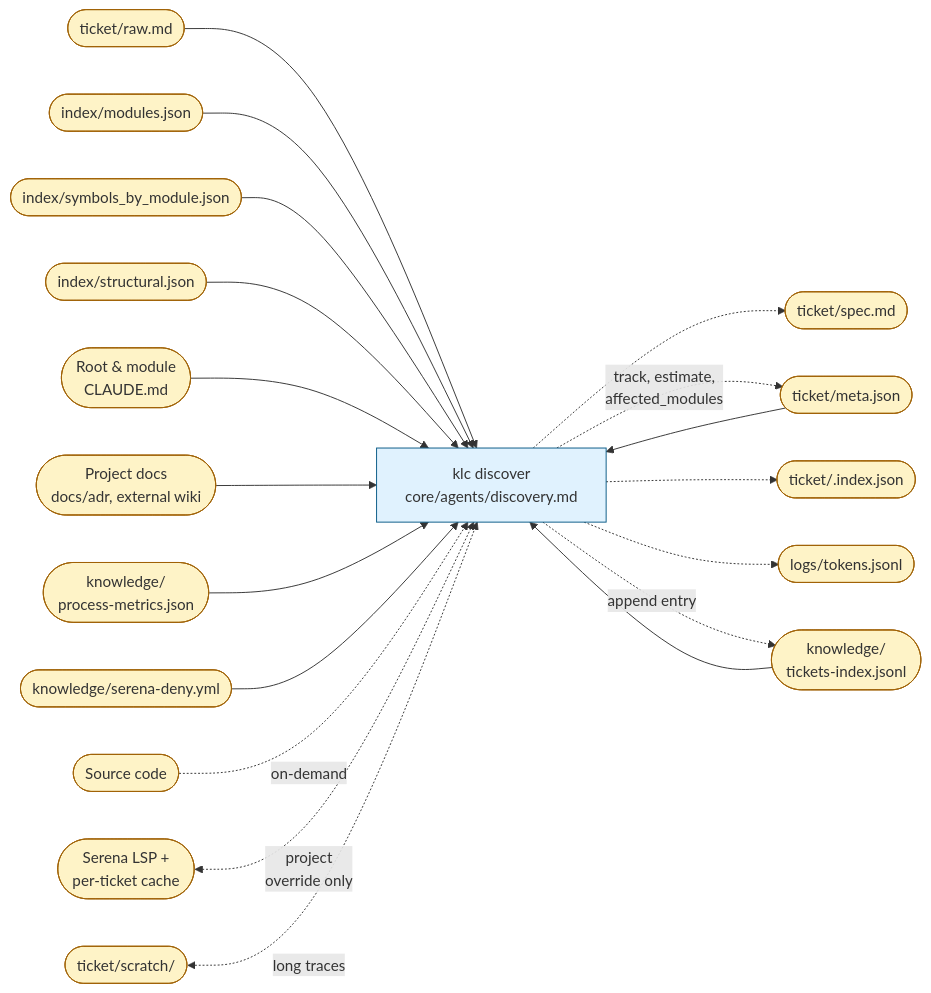
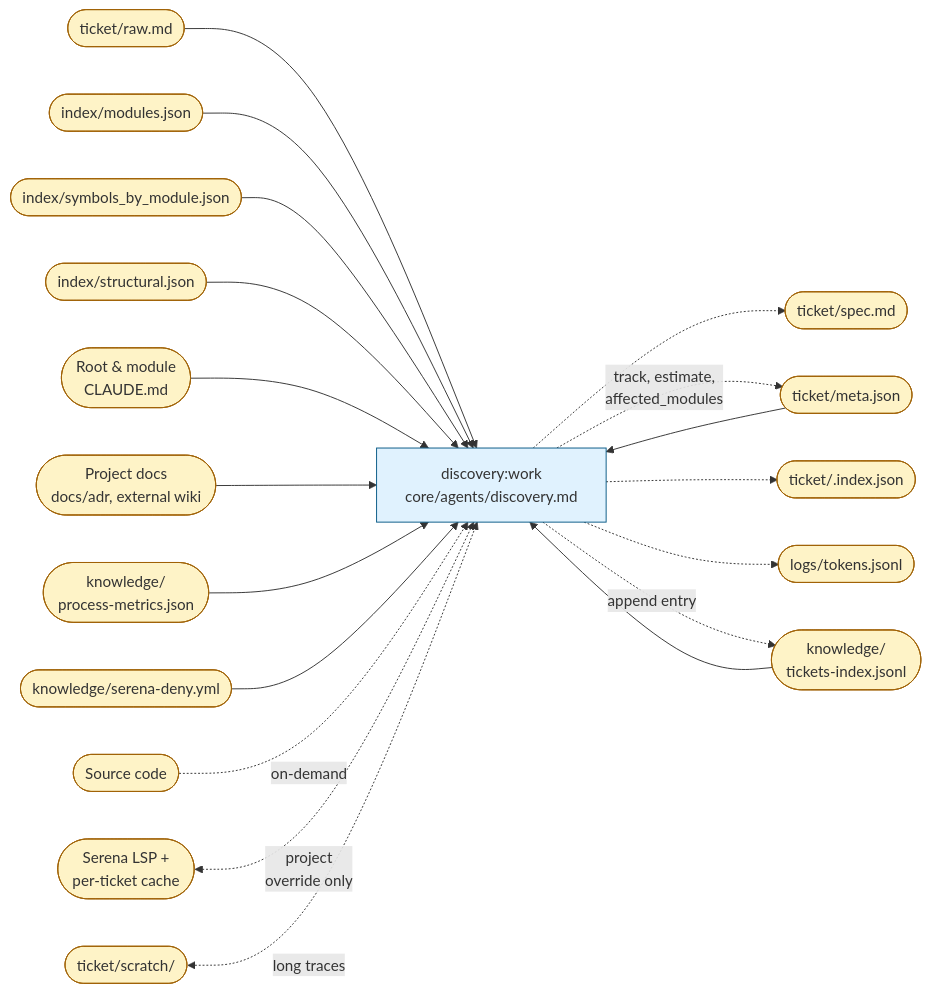
Before and after one commit to kyyyyf/klc: the second of 4 diagrams in docs/process-roles.md, drawn with Mermaid. The commit also changed other lines of this file and 74 other files, not shown here.

````diff
--- a/docs/process-roles.md
+++ b/docs/process-roles.md
@@ -194,58 +198,58 @@
 ```mermaid
 flowchart LR
     %% stores (ticket artefacts grouped)
     code(["Source code"])
     projdocs(["Project docs<br/>docs/adr, external wiki"])
     rootclaude(["Root &amp; module<br/>CLAUDE.md"])
     modules(["index/modules.json"])
     sbm(["index/symbols_by_module.json"])
     structural(["index/structural.json"])
     raw(["ticket/raw.md"])
     meta(["ticket/meta.json"])
     spec(["ticket/spec.md"])
     tindex(["ticket/.index.json"])
     related(["knowledge/<br/>tickets-index.jsonl"])
     rolldex(["knowledge/<br/>process-metrics.json"])
     deny(["knowledge/serena-deny.yml"])
     tokenlog(["logs/tokens.jsonl"])
     serena(["Serena LSP +<br/>per-ticket cache"])
     scratch(["ticket/scratch/"])
 
     %% command
-    discovery[klc discover<br/>core/agents/discovery.md]
+    discovery[discovery:work<br/>core/agents/discovery.md]
 
     %% reads
     raw --> discovery
     meta --> discovery
     modules --> discovery
     sbm --> discovery
     structural --> discovery
     rootclaude --> discovery
     projdocs --> discovery
     related --> discovery
     rolldex --> discovery
     deny --> discovery
 
     %% optional deeper reads — only when a QUESTION points back to code
     code -.on-demand.-> discovery
 
     %% Serena — disabled by default on M/L by policy; override via
     %% .klc/config/serena-policy.yml
     serena <-.project<br/>override only.-> discovery
 
     %% scratch — opened when related-ticket chase or cross-ticket
     %% reasoning gets long
     scratch <-.long traces.-> discovery
 
     %% writes
     discovery -.-> spec
     discovery -.track, estimate,<br/>affected_modules.-> meta
     discovery -.-> tindex
     discovery -.-> tokenlog
     discovery -.append entry.-> related
 
     classDef store fill:#fef3c7,stroke:#a16207,stroke-width:1px;
     classDef cmd   fill:#e0f2fe,stroke:#075985,stroke-width:1px;
     class code,projdocs,rootclaude,modules,sbm,structural,raw,meta,spec,tindex,related,rolldex,deny,tokenlog,serena,scratch store;
     class discovery cmd;
 ```
````
